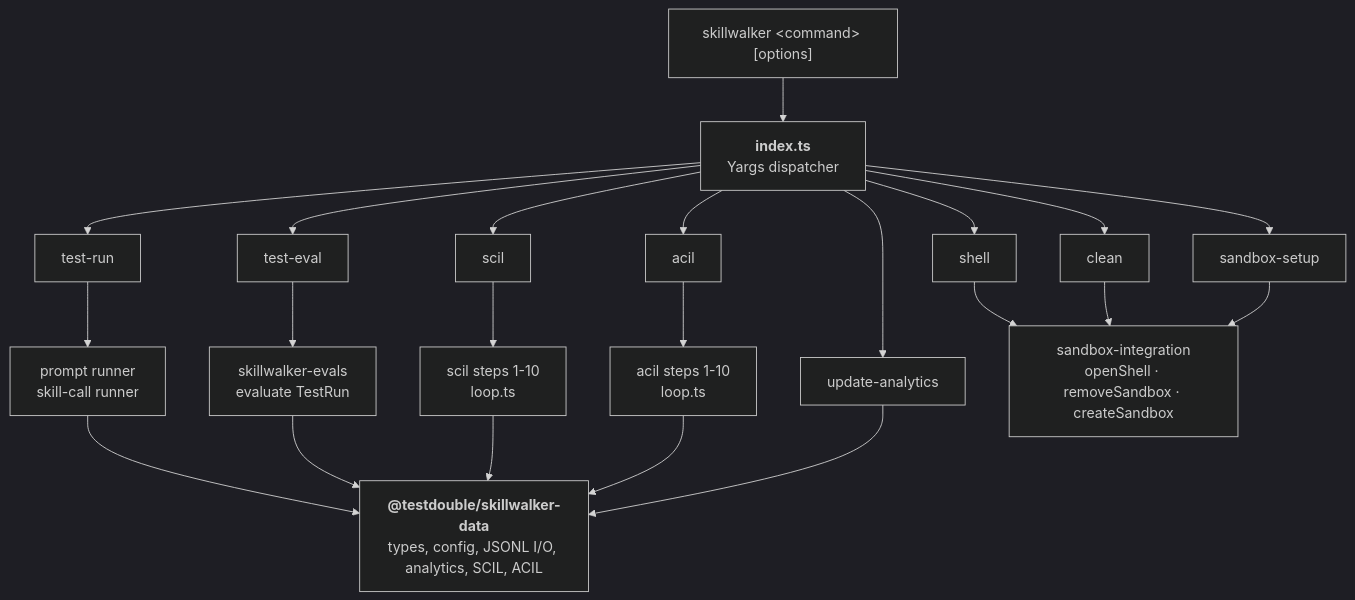
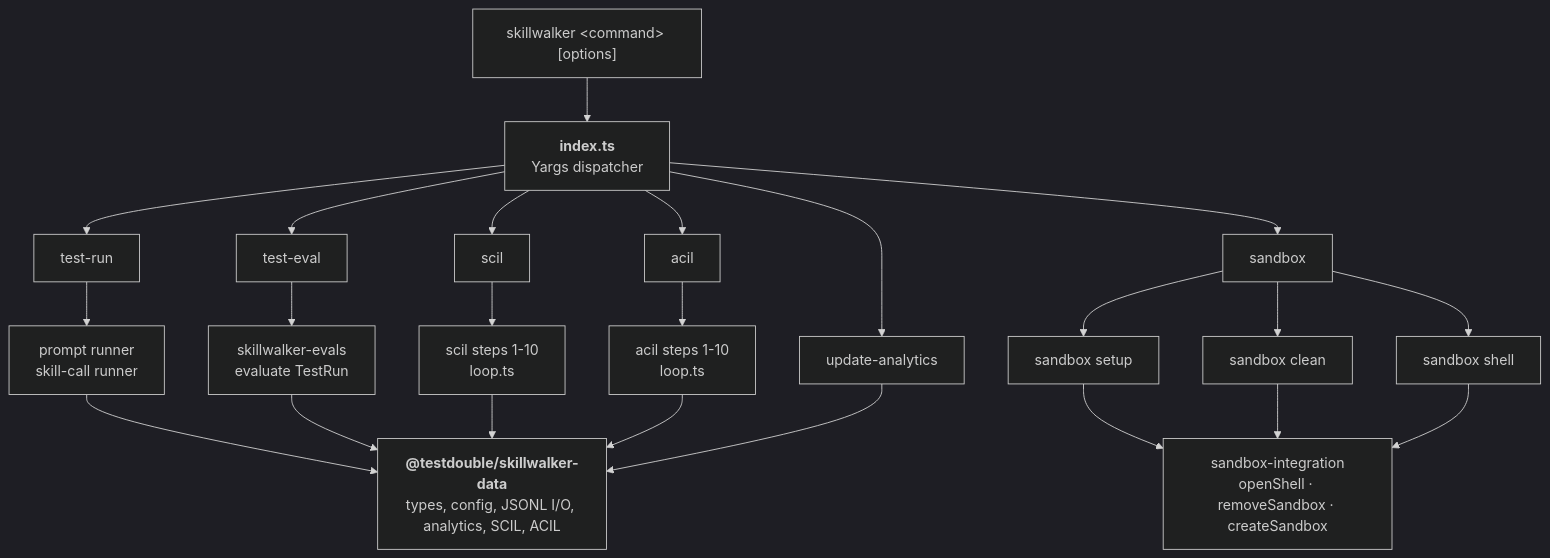
One commit to testdouble/skills-test-harness changed the diagram in docs/cli.md. Above: the diagram before and after it, drawn with Mermaid (dark theme). The commit also changed other lines of this file and 5 other files, not shown here.

````diff
--- a/docs/cli.md
+++ b/docs/cli.md
@@ -30,32 +30,34 @@
 ```mermaid
 flowchart TB
     invoke["skillwalker &lt;command&gt; [options]"]
     dispatch["<b>index.ts</b><br>Yargs dispatcher"]
 
     testrun["test-run"]
     testeval["test-eval"]
     scil["scil"]
     acil["acil"]
     analytics["update-analytics"]
-    shell["shell"]
-    clean["clean"]
-    setup["sandbox-setup"]
+    sandbox["sandbox"]
+    setup["sandbox setup"]
+    clean["sandbox clean"]
+    shell["sandbox shell"]
 
     prompt["prompt runner<br>skill-call runner"]
     evals["skillwalker-evals<br>evaluate TestRun"]
     scilsteps["scil steps 1-10<br>loop.ts"]
     acilsteps["acil steps 1-10<br>loop.ts"]
     si["sandbox-integration<br>openShell · removeSandbox · createSandbox"]
 
     data["<b>@testdouble/skillwalker-data</b><br>types, config, JSONL I/O, analytics, SCIL, ACIL"]
 
     invoke --> dispatch
     dispatch --> testrun --> prompt --> data
     dispatch --> testeval --> evals --> data
     dispatch --> scil --> scilsteps --> data
     dispatch --> acil --> acilsteps --> data
     dispatch --> analytics --> data
-    dispatch --> shell --> si
-    dispatch --> clean --> si
-    dispatch --> setup --> si
+    dispatch --> sandbox
+    sandbox --> setup --> si
+    sandbox --> clean --> si
+    sandbox --> shell --> si
 ```
````
